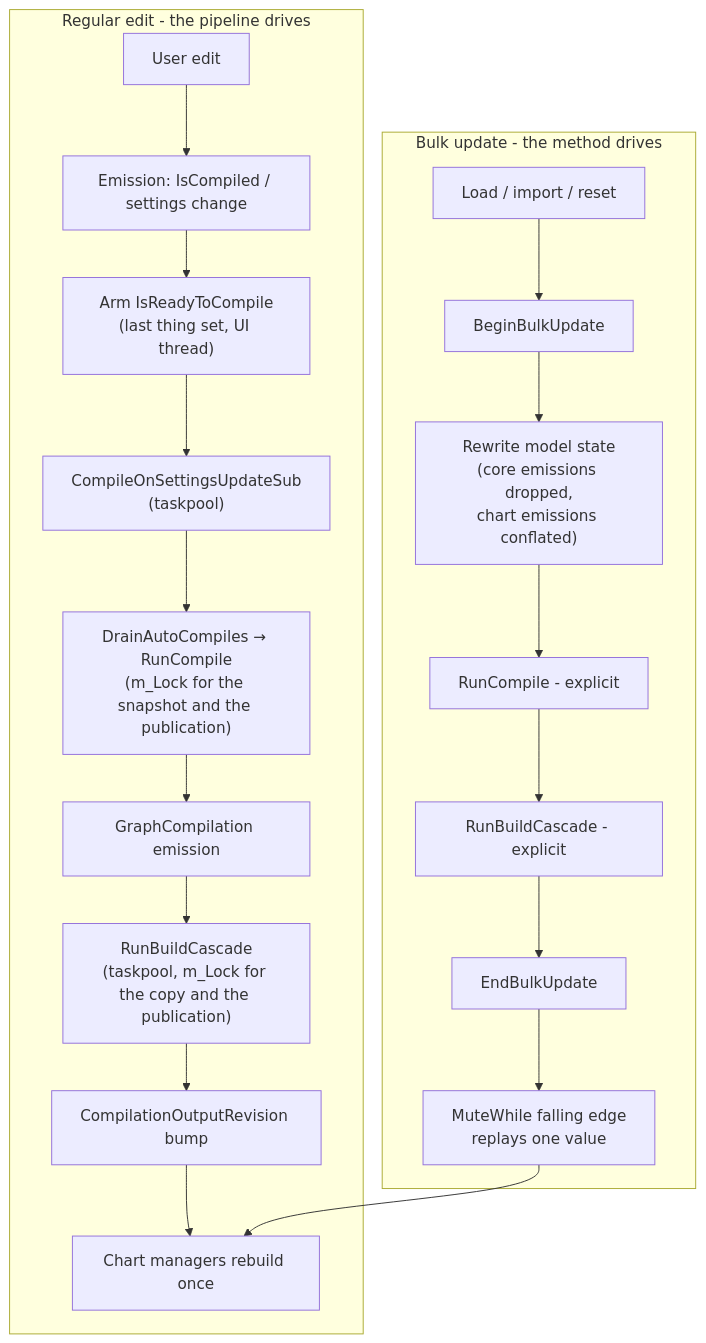
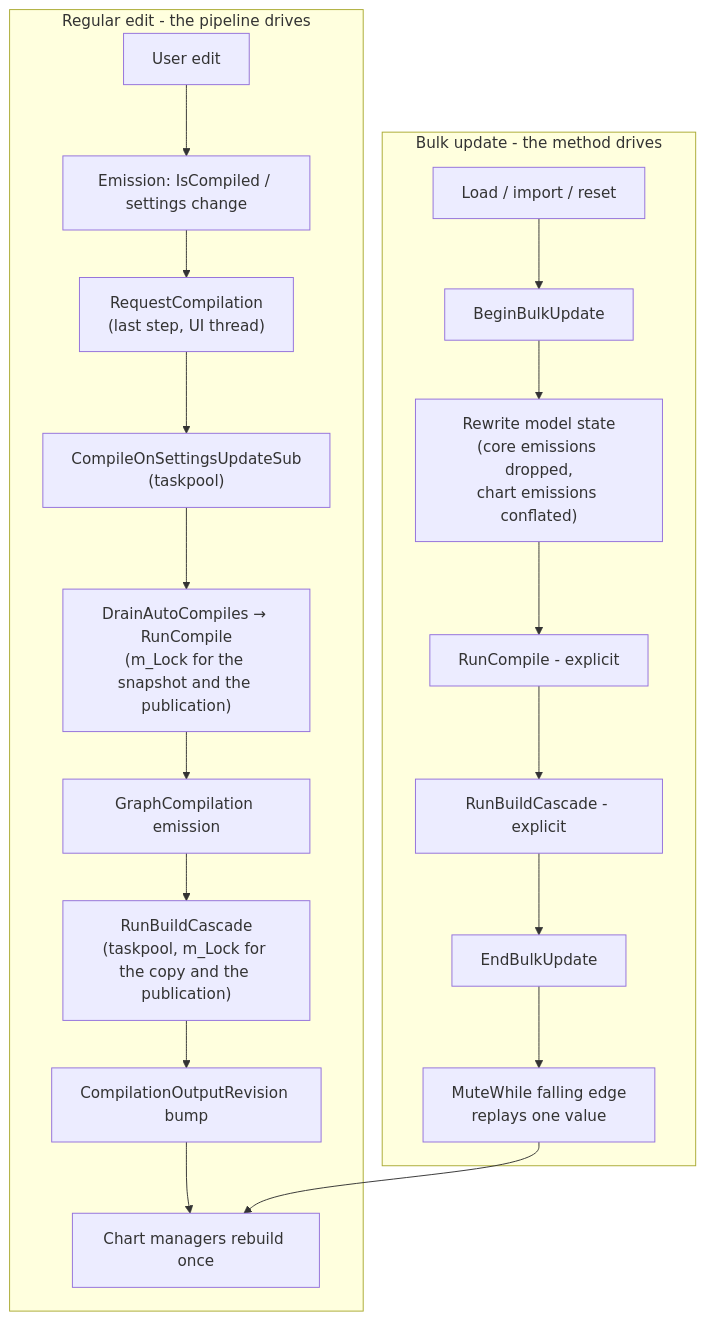
One commit to countincognito/Zametek.ProjectPlan changed the diagram in docs/ARCHITECTURE.md. Above: the diagram before and after it, drawn with Mermaid. The commit also changed other lines of this file and 8 other files, not shown here.

````diff
--- a/docs/ARCHITECTURE.md
+++ b/docs/ARCHITECTURE.md
@@ -106,22 +106,22 @@
 ```mermaid
 flowchart TB
     subgraph regular ["Regular edit - the pipeline drives"]
         A["User edit"] --> B["Emission: IsCompiled / settings change"]
-        B --> C["Arm IsReadyToCompile<br/>(last thing set, UI thread)"]
+        B --> C["RequestCompilation<br/>(last step, UI thread)"]
         C --> D["CompileOnSettingsUpdateSub<br/>(taskpool)"]
         D --> E["DrainAutoCompiles → RunCompile<br/>(m_Lock for the snapshot and the publication)"]
         E --> F["GraphCompilation emission"]
         F --> G["RunBuildCascade<br/>(taskpool, m_Lock for the copy and the publication)"]
         G --> H["CompilationOutputRevision bump"]
         H --> I["Chart managers rebuild once"]
     end
     subgraph bulk ["Bulk update - the method drives"]
         J["Load / import / reset"] --> K["BeginBulkUpdate"]
         K --> L["Rewrite model state<br/>(core emissions dropped,<br/>chart emissions conflated)"]
         L --> M["RunCompile - explicit"]
         M --> N["RunBuildCascade - explicit"]
         N --> O["EndBulkUpdate"]
         O --> P["MuteWhile falling edge<br/>replays one value"]
         P --> I
     end
 ```
````
